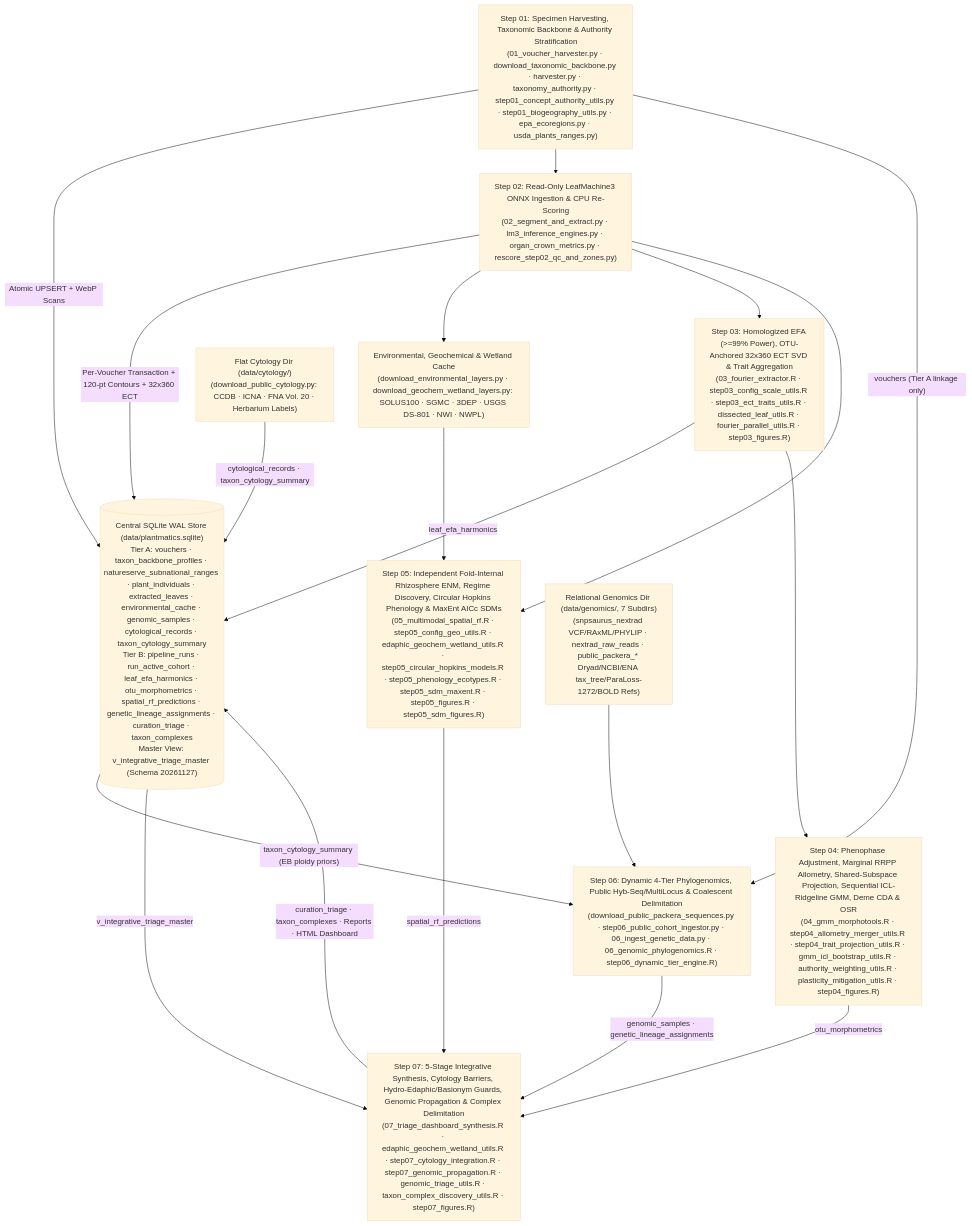
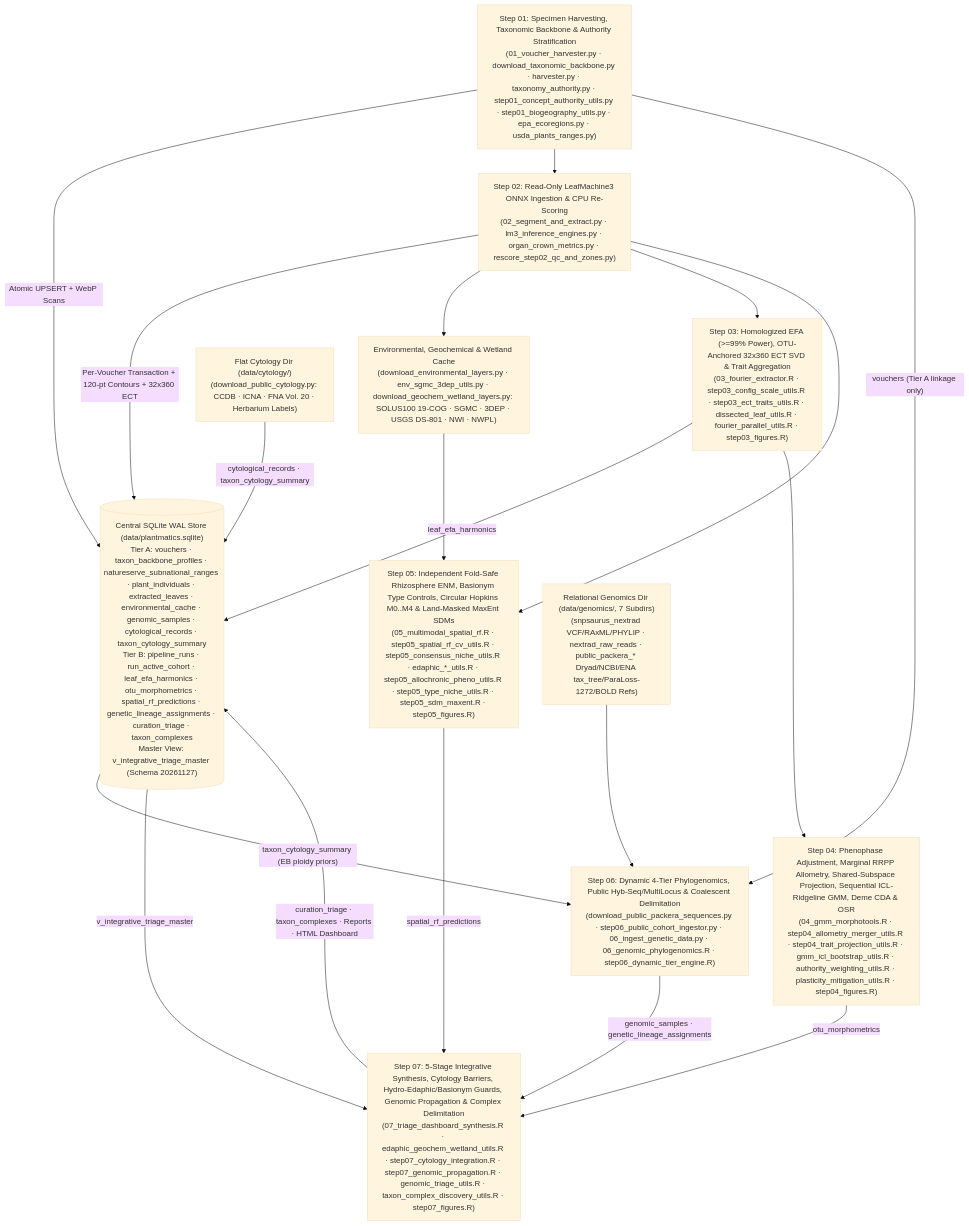
One commit to Plantatsrophe/Plantmatics changed the diagram in README.md. Above: the diagram before and after it, drawn with Mermaid (base theme). The commit also changed other lines of this file and 34 other files, not shown here.

Commit message:
refactor: modularize step05 spatial niche modeling scripts and add comprehensive test suites

````diff
--- a/README.md
+++ b/README.md
@@ -31,23 +31,23 @@
 ```mermaid
 flowchart TD
     DB[("Central SQLite WAL Store (data/plantmatics.sqlite)\nTier A: vouchers · taxon_backbone_profiles · natureserve_subnational_ranges · plant_individuals · extracted_leaves · environmental_cache · genomic_samples · cytological_records · taxon_cytology_summary\nTier B: pipeline_runs · run_active_cohort · leaf_efa_harmonics · otu_morphometrics · spatial_rf_predictions · genetic_lineage_assignments · curation_triage · taxon_complexes\nMaster View: v_integrative_triage_master (Schema 20261127)")]
 
     S1["Step 01: Specimen Harvesting, Taxonomic Backbone & Authority Stratification\n(01_voucher_harvester.py · download_taxonomic_backbone.py · harvester.py · taxonomy_authority.py · step01_concept_authority_utils.py · step01_biogeography_utils.py · epa_ecoregions.py · usda_plants_ranges.py)"] -->|"Atomic UPSERT + WebP Scans"| DB
     S1 --> S2["Step 02: Read-Only LeafMachine3 ONNX Ingestion & CPU Re-Scoring\n(02_segment_and_extract.py · lm3_inference_engines.py · organ_crown_metrics.py · rescore_step02_qc_and_zones.py)"]
     S2 -->|"Per-Voucher Transaction + 120-pt Contours + 32x360 ECT"| DB
-    S2 --> E0["Environmental, Geochemical & Wetland Cache\n(download_environmental_layers.py · download_geochem_wetland_layers.py: SOLUS100 · SGMC · 3DEP · USGS DS-801 · NWI · NWPL)"]
+    S2 --> E0["Environmental, Geochemical & Wetland Cache\n(download_environmental_layers.py · env_sgmc_3dep_utils.py · download_geochem_wetland_layers.py: SOLUS100 19-COG · SGMC · 3DEP · USGS DS-801 · NWI · NWPL)"]
     S2 --> S3["Step 03: Homologized EFA (>=99% Power), OTU-Anchored 32x360 ECT SVD & Trait Aggregation\n(03_fourier_extractor.R · step03_config_scale_utils.R · step03_ect_traits_utils.R · dissected_leaf_utils.R · fourier_parallel_utils.R · step03_figures.R)"]
     S3 -->|"leaf_efa_harmonics"| DB
     S3 --> S4["Step 04: Phenophase Adjustment, Marginal RRPP Allometry, Shared-Subspace Projection, Sequential ICL-Ridgeline GMM, Deme CDA & OSR\n(04_gmm_morphotools.R · step04_allometry_merger_utils.R · step04_trait_projection_utils.R · gmm_icl_bootstrap_utils.R · authority_weighting_utils.R · plasticity_mitigation_utils.R · step04_figures.R)"]
     S4 -->|"otu_morphometrics"| S7
-    S2 --> S5["Step 05: Independent Fold-Internal Rhizosphere ENM, Regime Discovery, Circular Hopkins Phenology & MaxEnt AICc SDMs\n(05_multimodal_spatial_rf.R · step05_config_geo_utils.R · edaphic_geochem_wetland_utils.R · step05_circular_hopkins_models.R · step05_phenology_ecotypes.R · step05_sdm_maxent.R · step05_figures.R · step05_sdm_figures.R)"]
+    S2 --> S5["Step 05: Independent Fold-Safe Rhizosphere ENM, Basionym Type Controls, Circular Hopkins M0..M4 & Land-Masked MaxEnt SDMs\n(05_multimodal_spatial_rf.R · step05_spatial_rf_cv_utils.R · step05_consensus_niche_utils.R · edaphic_*_utils.R · step05_allochronic_pheno_utils.R · step05_type_niche_utils.R · step05_sdm_maxent.R · step05_figures.R)"]
     E0 --> S5
     S5 -->|"spatial_rf_predictions"| S7
     G0["Relational Genomics Dir (data/genomics/, 7 Subdirs)\n(snpsaurus_nextrad VCF/RAxML/PHYLIP · nextrad_raw_reads · public_packera_* Dryad/NCBI/ENA tax_tree/ParaLoss-1272/BOLD Refs)"] --> S6["Step 06: Dynamic 4-Tier Phylogenomics, Public Hyb-Seq/MultiLocus & Coalescent Delimitation\n(download_public_packera_sequences.py · step06_public_cohort_ingestor.py · 06_ingest_genetic_data.py · 06_genomic_phylogenomics.R · step06_dynamic_tier_engine.R)"]
     S1 -->|"vouchers (Tier A linkage only)"| S6
     S6 -->|"genomic_samples · genetic_lineage_assignments"| S7
     C0["Flat Cytology Dir (data/cytology/)\n(download_public_cytology.py: CCDB · ICNA · FNA Vol. 20 · Herbarium Labels)"] -->|"cytological_records · taxon_cytology_summary"| DB
     DB -->|"taxon_cytology_summary (EB ploidy priors)"| S6
     DB -->|"v_integrative_triage_master"| S7["Step 07: 5-Stage Integrative Synthesis, Cytology Barriers, Hydro-Edaphic/Basionym Guards, Genomic Propagation & Complex Delimitation\n(07_triage_dashboard_synthesis.R · edaphic_geochem_wetland_utils.R · step07_cytology_integration.R · step07_genomic_propagation.R · genomic_triage_utils.R · taxon_complex_discovery_utils.R · step07_figures.R)"]
     S7 -->|"curation_triage · taxon_complexes · Reports · HTML Dashboard"| DB
 ```
````
